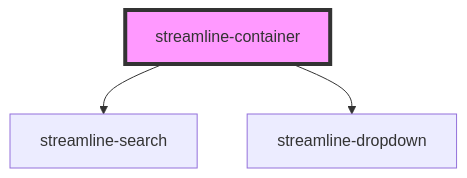
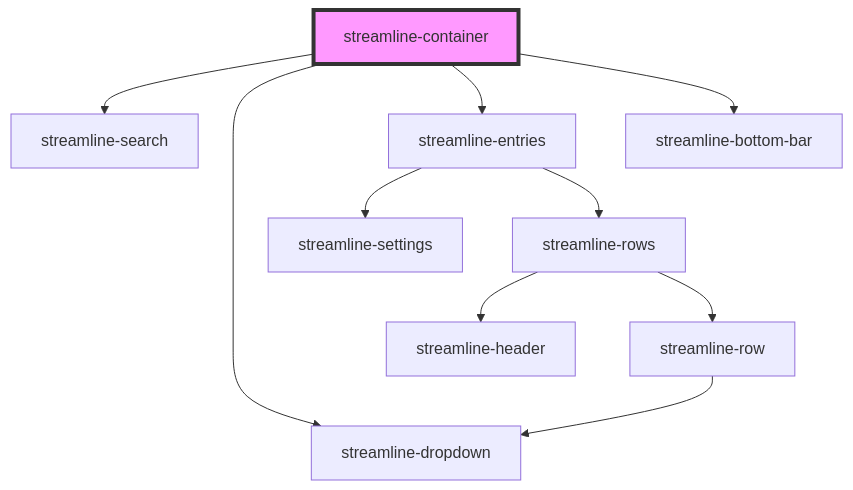
One commit to dnnsjsk/streamline changed the diagram in stencil-v2/src/components/container/readme.md. Above: the diagram before and after it, drawn with Mermaid. The commit also changed other lines of this file and 81 other files, not shown here.

````diff
--- a/stencil-v2/src/components/container/readme.md
+++ b/stencil-v2/src/components/container/readme.md
@@ -21,6 +36,13 @@
 ```mermaid
 graph TD;
   streamline-container --> streamline-search
   streamline-container --> streamline-dropdown
+  streamline-container --> streamline-entries
+  streamline-container --> streamline-bottom-bar
+  streamline-entries --> streamline-settings
+  streamline-entries --> streamline-rows
+  streamline-rows --> streamline-header
+  streamline-rows --> streamline-row
+  streamline-row --> streamline-dropdown
   style streamline-container fill:#f9f,stroke:#333,stroke-width:4px
 ```
````
